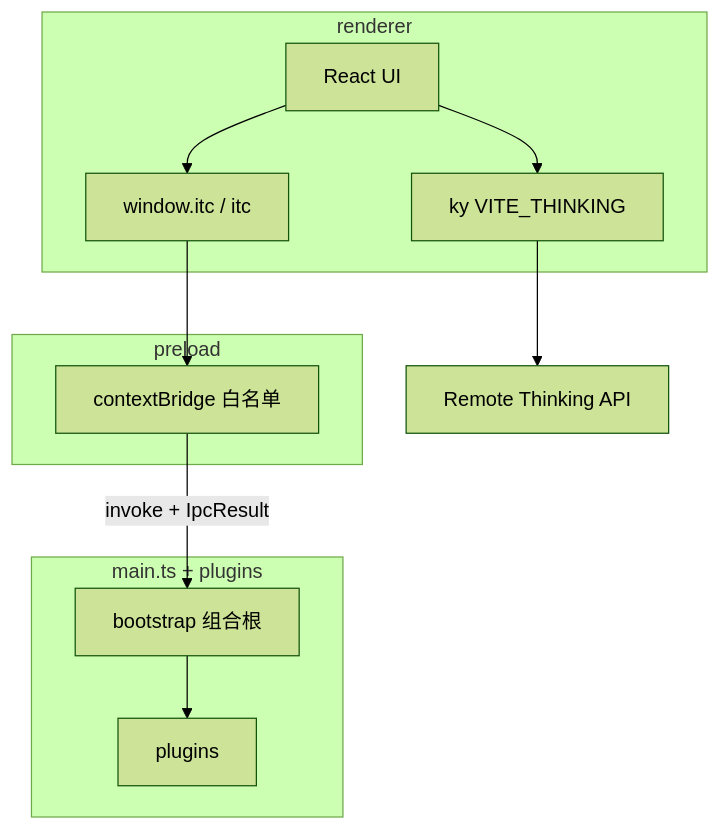
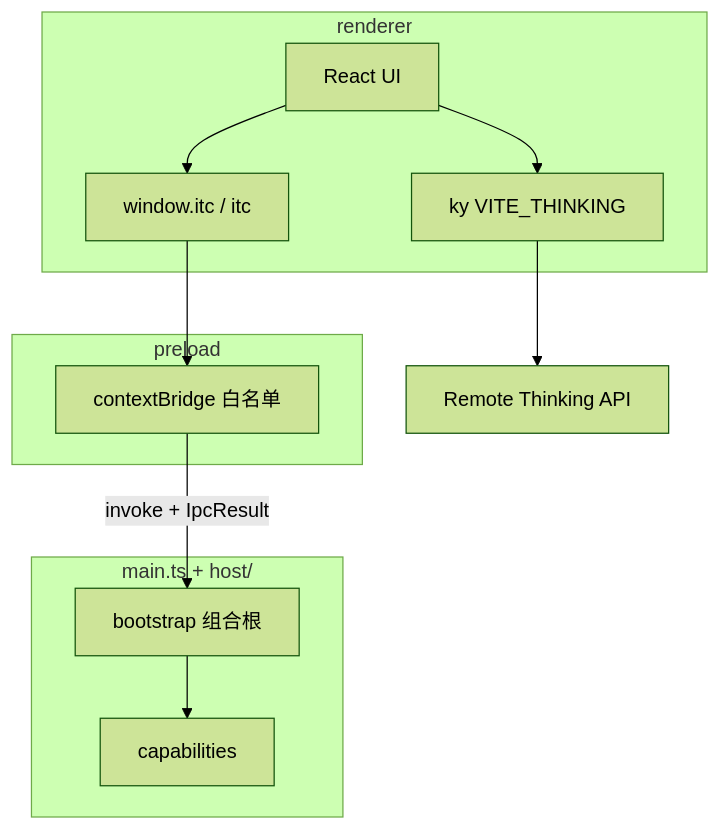
Before and after one commit to layenbrank/i-thinking: the diagram in docs/apps/studio/architecture.md, drawn with Mermaid (forest theme). The commit also changed other lines of this file and 6 other files, not shown here.

First line of the commit message:
docs(studio): architecture 反映 host 分层，同步各文档路径

````diff
--- a/docs/apps/studio/architecture.md
+++ b/docs/apps/studio/architecture.md
@@ -21,22 +21,22 @@
 ```mermaid
 flowchart TB
   subgraph renderer [renderer]
     UI[React UI]
     SDK["window.itc / itc"]
     HTTP[ky VITE_THINKING]
   end
   subgraph preload [preload]
     Bridge[contextBridge 白名单]
   end
-  subgraph host [main.ts + plugins]
+  subgraph host [main.ts + host/]
     Boot[bootstrap 组合根]
-    Caps[plugins]
+    Caps[capabilities]
   end
   Cloud[Remote Thinking API]
   UI --> SDK
   SDK --> Bridge
   Bridge -->|invoke + IpcResult| Boot
   Boot --> Caps
   UI --> HTTP
   HTTP --> Cloud
 ```
````
